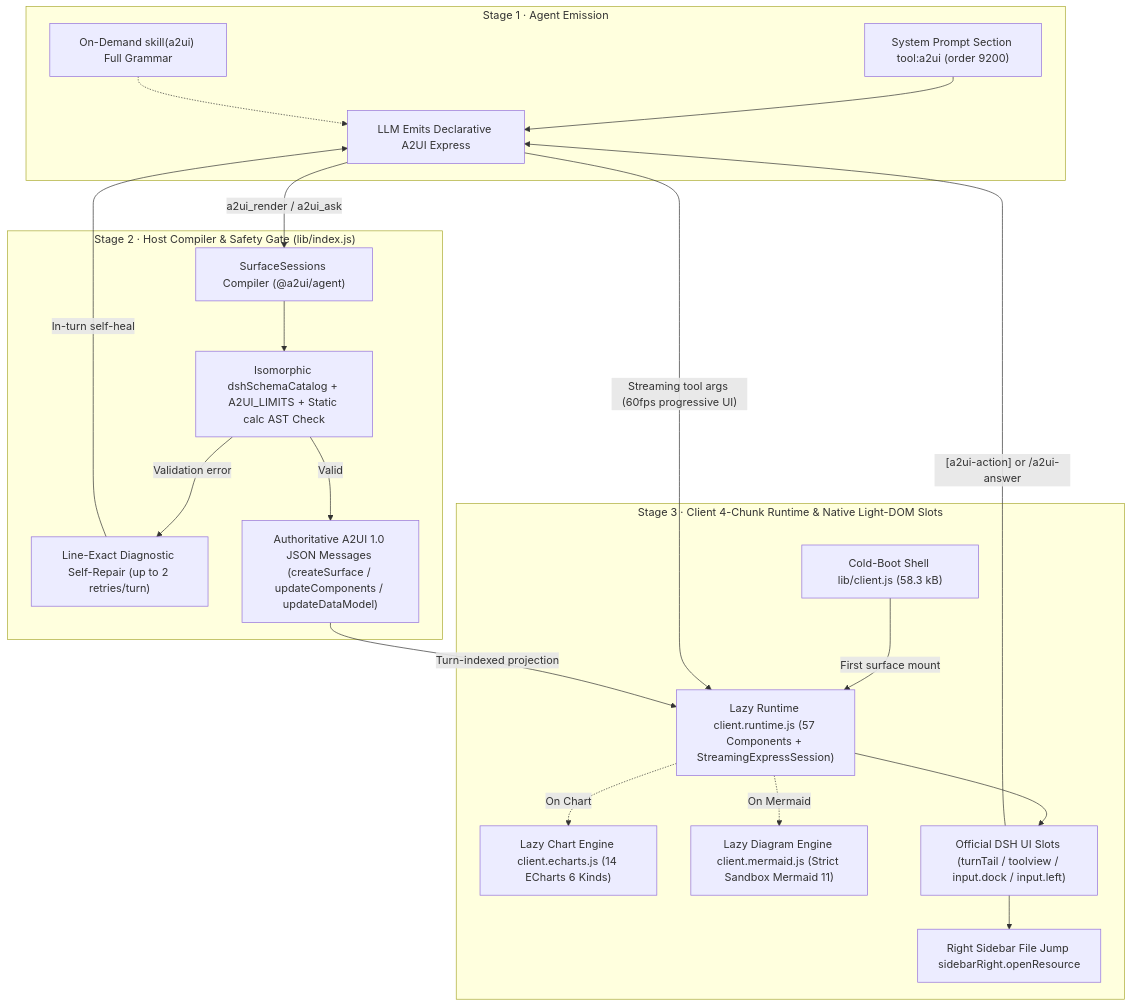
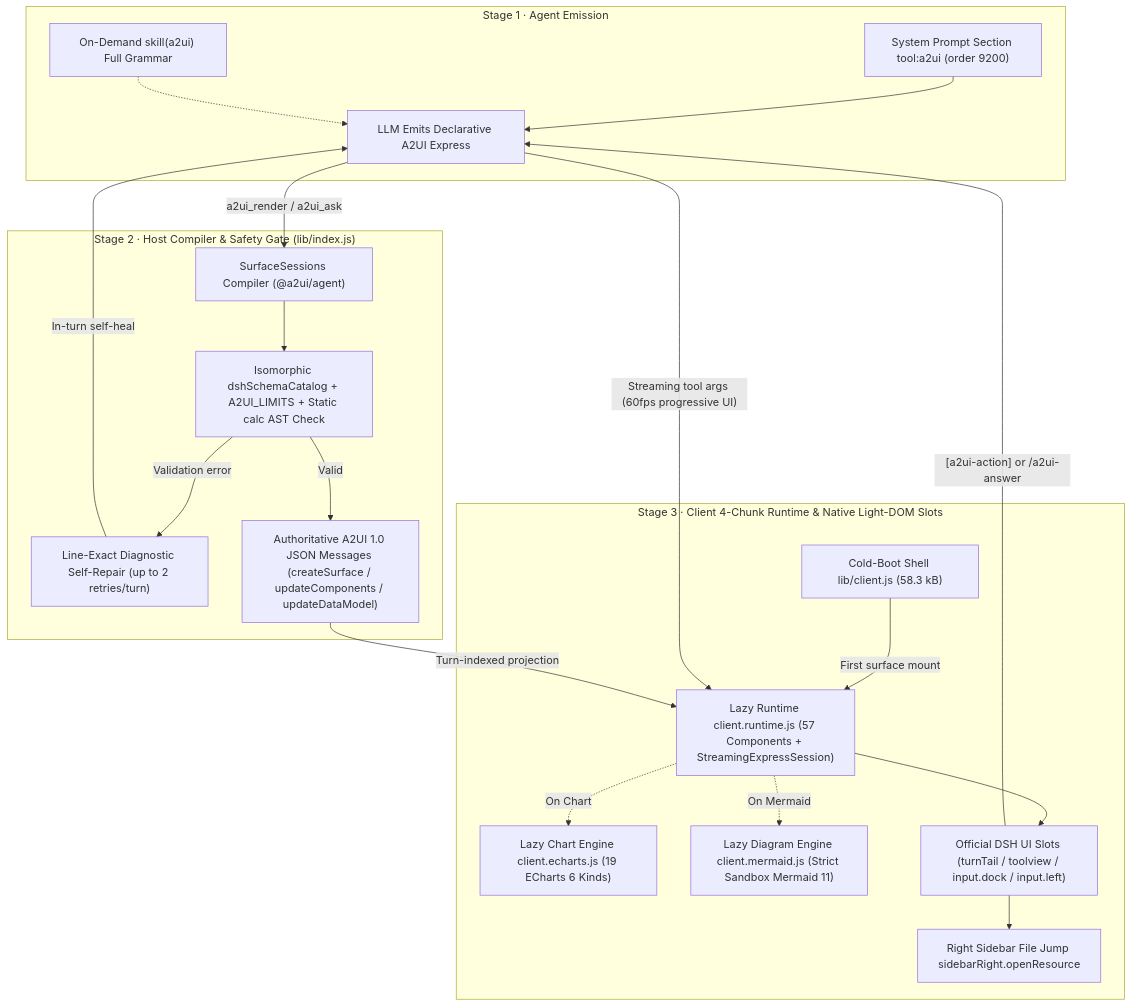
One commit to Geekhyt/dsh-genui-a2ui changed the diagram in docs/DEVELOPMENT.md. Above: the diagram before and after it, drawn with Mermaid. The commit also changed other lines of this file and 15 other files, not shown here.

````diff
--- a/docs/DEVELOPMENT.md
+++ b/docs/DEVELOPMENT.md
@@ -17,40 +17,40 @@
 ```mermaid
 flowchart TB
   subgraph S1["Stage 1 · Agent Emission"]
     P["System Prompt Section tool:a2ui (order 9200)"]
     SK["On-Demand skill(a2ui) Full Grammar"]
     LLM["LLM Emits Declarative A2UI Express"]
     P --> LLM
     SK -.-> LLM
   end
 
   subgraph S2["Stage 2 · Host Compiler & Safety Gate (lib/index.js)"]
     COMP["SurfaceSessions Compiler (@a2ui/agent)"]
     ZOD["Isomorphic dshSchemaCatalog + A2UI_LIMITS + Static calc AST Check"]
     REPAIR["Line-Exact Diagnostic Self-Repair (up to 2 retries/turn)"]
     WIRE["Authoritative A2UI 1.0 JSON Messages (createSurface / updateComponents / updateDataModel)"]
     COMP --> ZOD
     ZOD -->|"Validation error"| REPAIR
     REPAIR -->|"In-turn self-heal"| LLM
     ZOD -->|"Valid"| WIRE
   end
 
   subgraph S3["Stage 3 · Client 4-Chunk Runtime & Native Light-DOM Slots"]
     SHELL["Cold-Boot Shell lib/client.js (58.3 kB)"]
     RT["Lazy Runtime client.runtime.js (57 Components + StreamingExpressSession)"]
-    EC["Lazy Chart Engine client.echarts.js (14 ECharts 6 Kinds)"]
+    EC["Lazy Chart Engine client.echarts.js (19 ECharts 6 Kinds)"]
     MM["Lazy Diagram Engine client.mermaid.js (Strict Sandbox Mermaid 11)"]
     SLOTS["Official DSH UI Slots (turnTail / toolview / input.dock / input.left)"]
     SIDE["Right Sidebar File Jump sidebarRight.openResource"]
     SHELL -->|"First surface mount"| RT
     RT -.->|"On Chart"| EC
     RT -.->|"On Mermaid"| MM
     RT --> SLOTS
     SLOTS --> SIDE
   end
 
   LLM -->|"Streaming tool args (60fps progressive UI)"| RT
   LLM -->|"a2ui_render / a2ui_ask"| COMP
   WIRE -->|"Turn-indexed projection"| RT
   SLOTS -->|"[a2ui-action] or /a2ui-answer"| LLM
 ```
````
